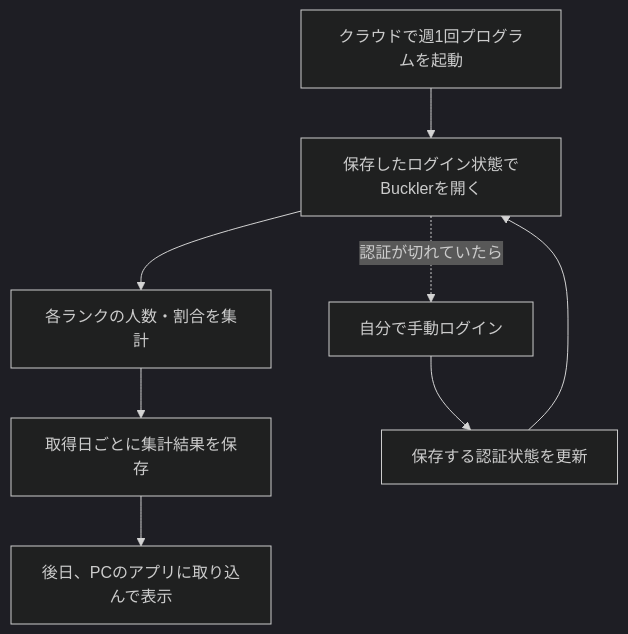
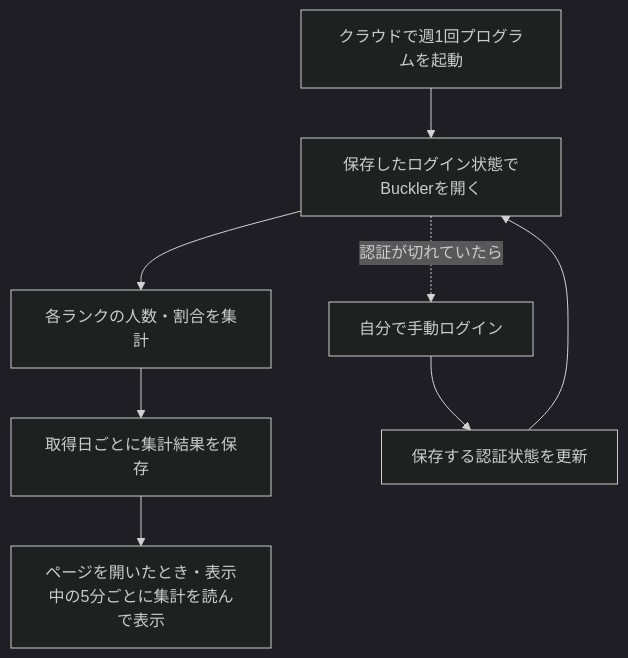
One commit to gonchiman/sf6 changed the diagram in docs/rank-distribution/weekly-collection-flow.md. Above: the diagram before and after it, drawn with Mermaid (dark theme). The commit also changed other lines of this file and 16 other files, not shown here.

````diff
--- a/docs/rank-distribution/weekly-collection-flow.md
+++ b/docs/rank-distribution/weekly-collection-flow.md
@@ -13,10 +13,10 @@
 ```mermaid
 flowchart TD
     A["クラウドで週1回プログラムを起動"] --> B["保存したログイン状態でBucklerを開く"]
     B --> C["各ランクの人数・割合を集計"]
     C --> D["取得日ごとに集計結果を保存"]
-    D --> E["後日、PCのアプリに取り込んで表示"]
+    D --> E["ページを開いたとき・表示中の5分ごとに集計を読んで表示"]
     B -. "認証が切れていたら" .-> F["自分で手動ログイン"]
     F --> G["保存する認証状態を更新"]
     G --> B
 ```
````
